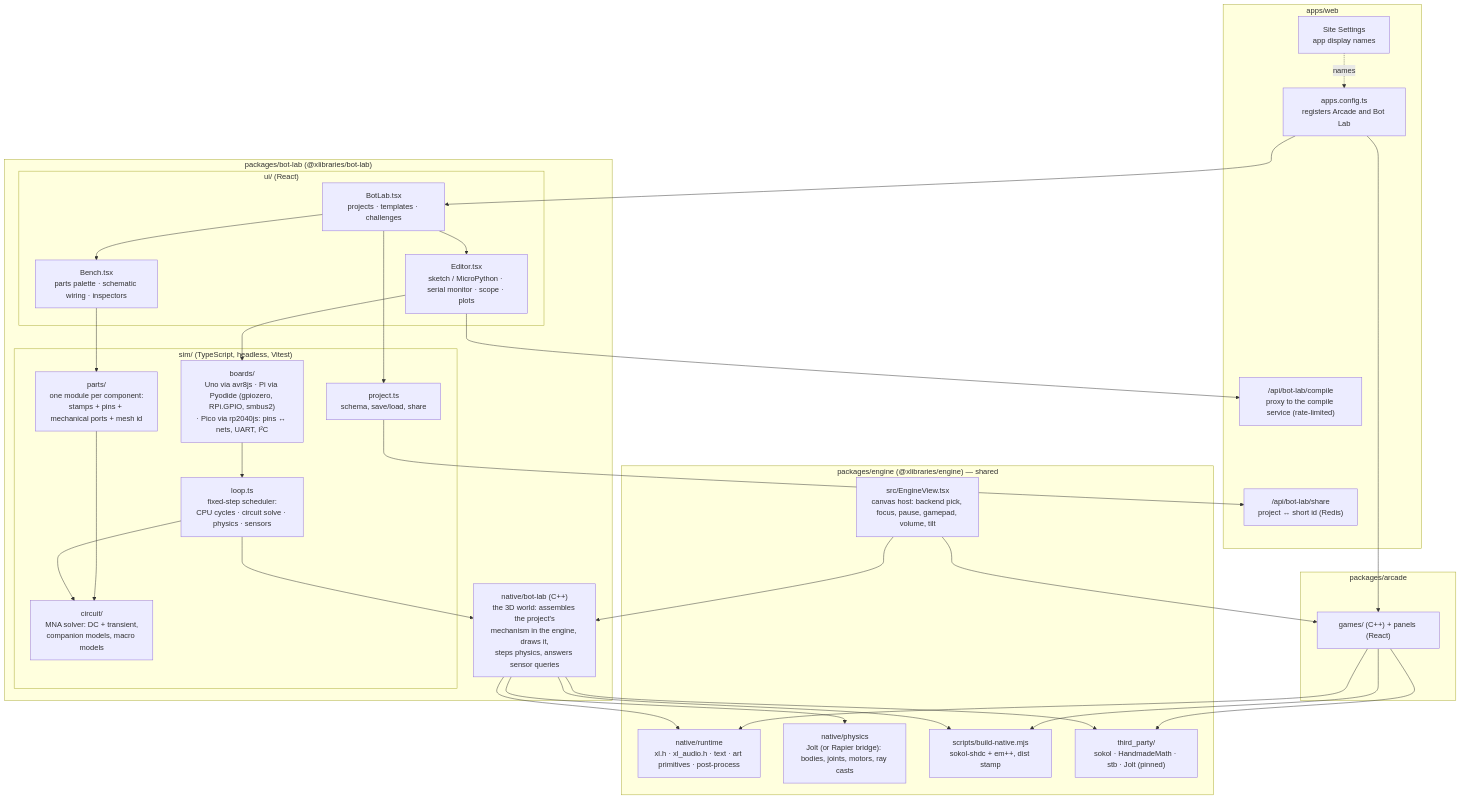
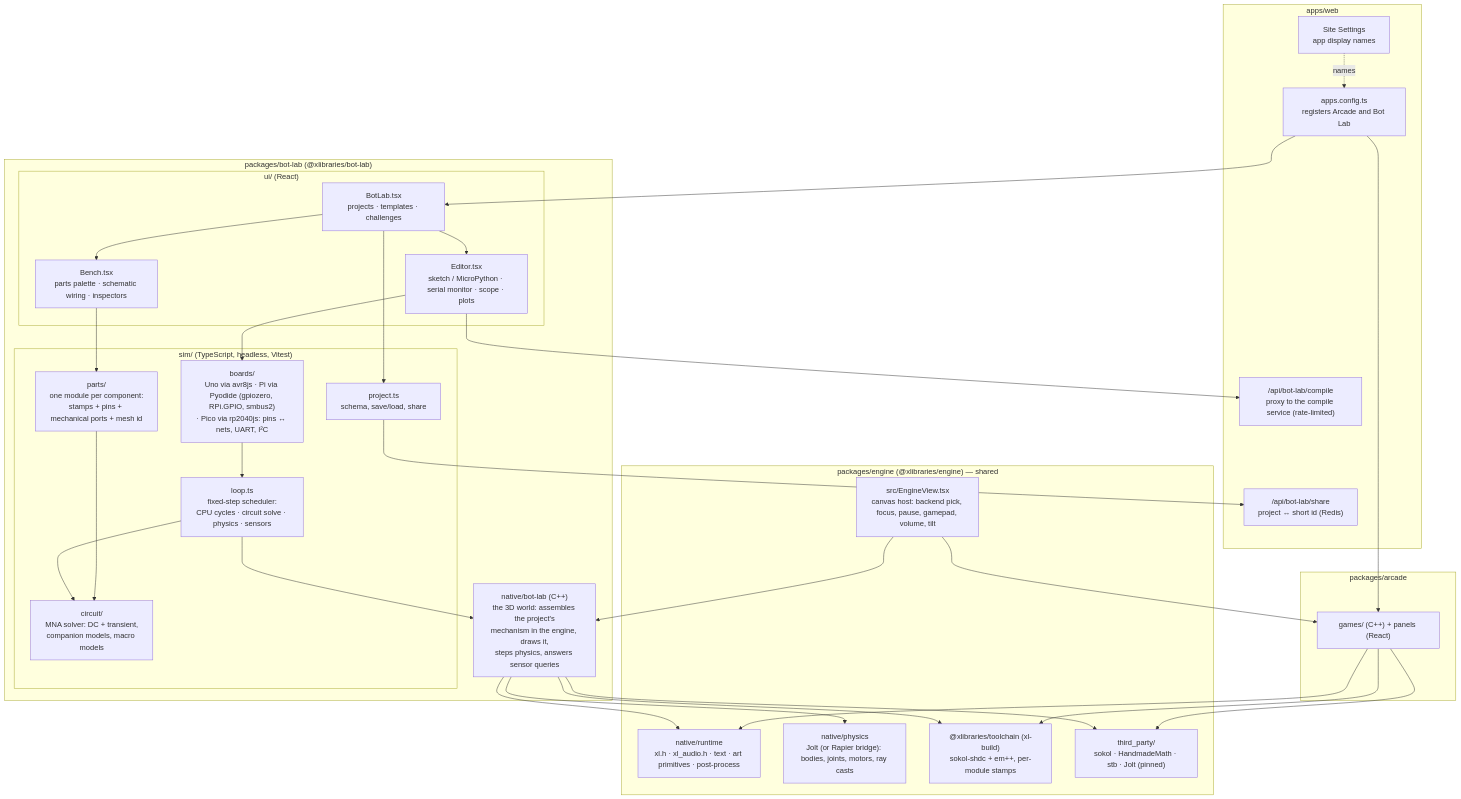
The first of 2 diagrams in docs/bot-lab-plan.md (xlibraries/Xlib), drawn with Mermaid before and after one commit. The commit also changed 126 other files, not shown here.

Commit message:
Phase 1: toolchain core and adapters in packages/tooling, per-module stamps, modules served at /native/<package>@<version>/

````diff
--- a/docs/bot-lab-plan.md
+++ b/docs/bot-lab-plan.md
@@ -87,49 +87,49 @@
 ```mermaid
 flowchart TB
     subgraph site["apps/web"]
         config["apps.config.ts<br/>registers Arcade and Bot Lab"]
         compile["/api/bot-lab/compile<br/>proxy to the compile service (rate-limited)"]
         share["/api/bot-lab/share<br/>project ↔ short id (Redis)"]
         settings["Site Settings<br/>app display names"]
     end
 
     subgraph engine["packages/engine (@xlibraries/engine) — shared"]
         rt["native/runtime<br/>xl.h · xl_audio.h · text · art primitives · post-process"]
         physics["native/physics<br/>Jolt (or Rapier bridge): bodies, joints, motors, ray casts"]
-        buildpipe["scripts/build-native.mjs<br/>sokol-shdc + em++, dist stamp"]
+        buildpipe["@xlibraries/toolchain (xl-build)<br/>sokol-shdc + em++, per-module stamps"]
         host["src/EngineView.tsx<br/>canvas host: backend pick, focus, pause, gamepad, volume, tilt"]
         third["third_party/<br/>sokol · HandmadeMath · stb · Jolt (pinned)"]
     end
 
     subgraph arcade["packages/arcade"]
         games["games/ (C++) + panels (React)"]
     end
 
     subgraph botlab["packages/bot-lab (@xlibraries/bot-lab)"]
         subgraph ui["ui/ (React)"]
             shell["BotLab.tsx<br/>projects · templates · challenges"]
             bench["Bench.tsx<br/>parts palette · schematic wiring · inspectors"]
             code["Editor.tsx<br/>sketch / MicroPython · serial monitor · scope · plots"]
         end
         subgraph sim["sim/ (TypeScript, headless, Vitest)"]
             mna["circuit/<br/>MNA solver: DC + transient,<br/>companion models, macro models"]
             parts["parts/<br/>one module per component:<br/>stamps + pins + mechanical ports + mesh id"]
             boards["boards/<br/>Uno via avr8js · Pi via Pyodide (gpiozero, RPi.GPIO, smbus2)<br/>· Pico via rp2040js: pins ↔ nets, UART, I²C"]
             loop["loop.ts<br/>fixed-step scheduler:<br/>CPU cycles · circuit solve · physics · sensors"]
             project["project.ts<br/>schema, save/load, share"]
         end
         world["native/bot-lab (C++)<br/>the 3D world: assembles the project's<br/>mechanism in the engine, draws it,<br/>steps physics, answers sensor queries"]
     end
 
     config --> games & shell
     games --> rt & buildpipe & third
     world --> rt & physics & buildpipe & third
     host --> games & world
     shell --> bench & code
     bench --> parts --> mna
     code --> boards --> loop
     loop --> mna & world
     shell --> project --> share
     code --> compile
     settings -. names .-> config
 ```
````
